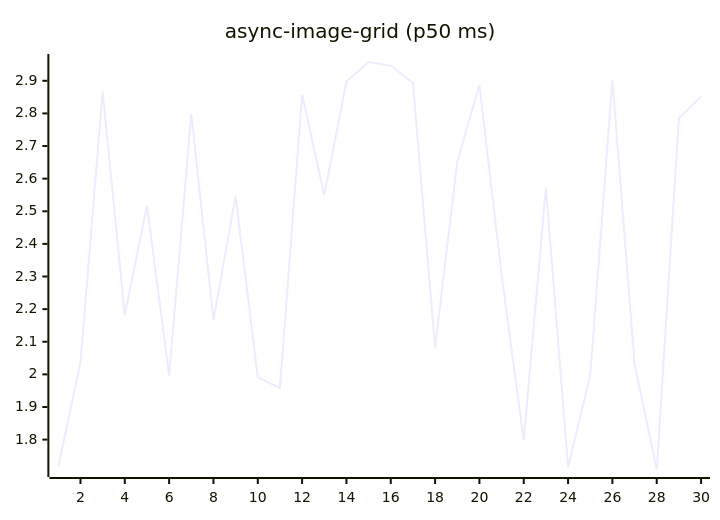
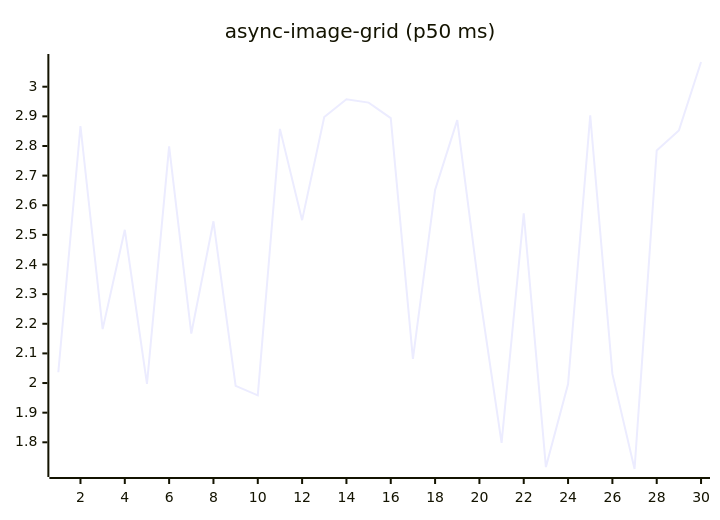
Before and after one commit to josha/Facet: the fifth of 27 diagrams in README.md, drawn with Mermaid. The commit also changed other lines of this file and 2 other files, not shown here.

````diff
--- a/README.md
+++ b/README.md
@@ -91,6 +91,6 @@
 ```mermaid
 xychart-beta
     title "async-image-grid (p50 ms)"
     x-axis 1 --> 30
-    line [1.7177, 2.0365, 2.8674, 2.1819, 2.5171, 1.9970, 2.7988, 2.1671, 2.5459, 1.9906, 1.9586, 2.8577, 2.5497, 2.8980, 2.9576, 2.9463, 2.8940, 2.0815, 2.6515, 2.8871, 2.3060, 1.7979, 2.5726, 1.7163, 1.9964, 2.9032, 2.0307, 1.7099, 2.7848, 2.8523]
+    line [2.0365, 2.8674, 2.1819, 2.5171, 1.9970, 2.7988, 2.1671, 2.5459, 1.9906, 1.9586, 2.8577, 2.5497, 2.8980, 2.9576, 2.9463, 2.8940, 2.0815, 2.6515, 2.8871, 2.3060, 1.7979, 2.5726, 1.7163, 1.9964, 2.9032, 2.0307, 1.7099, 2.7848, 2.8523, 3.0834]
 ```
````
